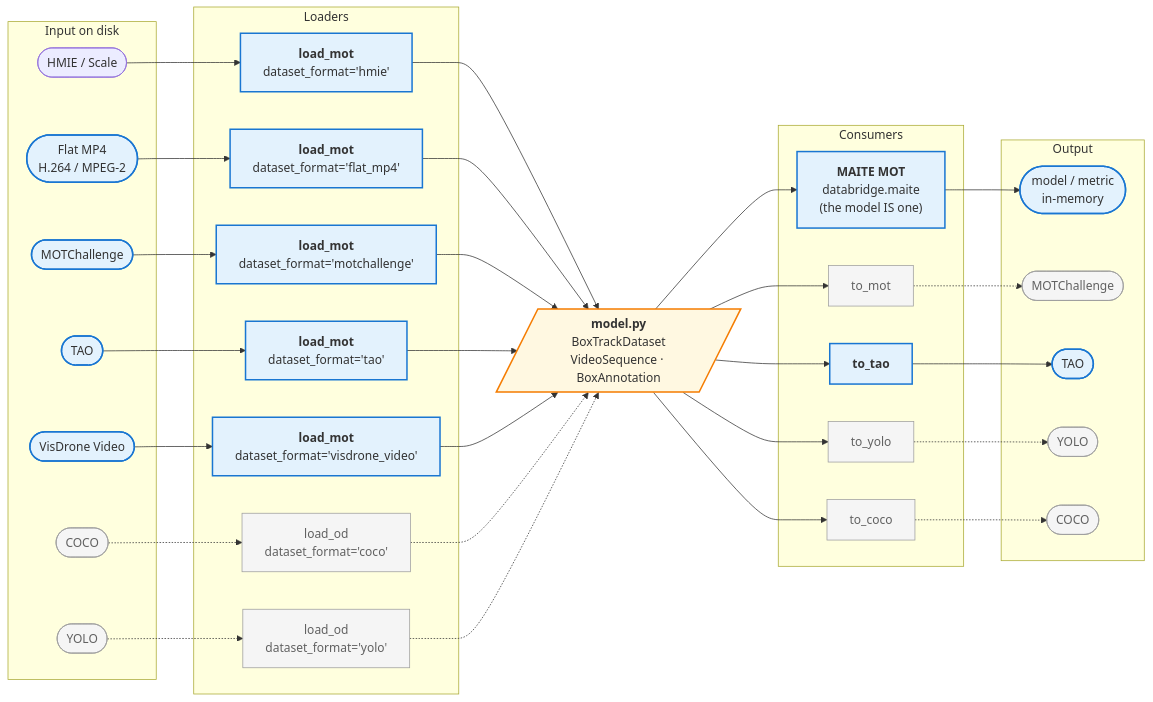
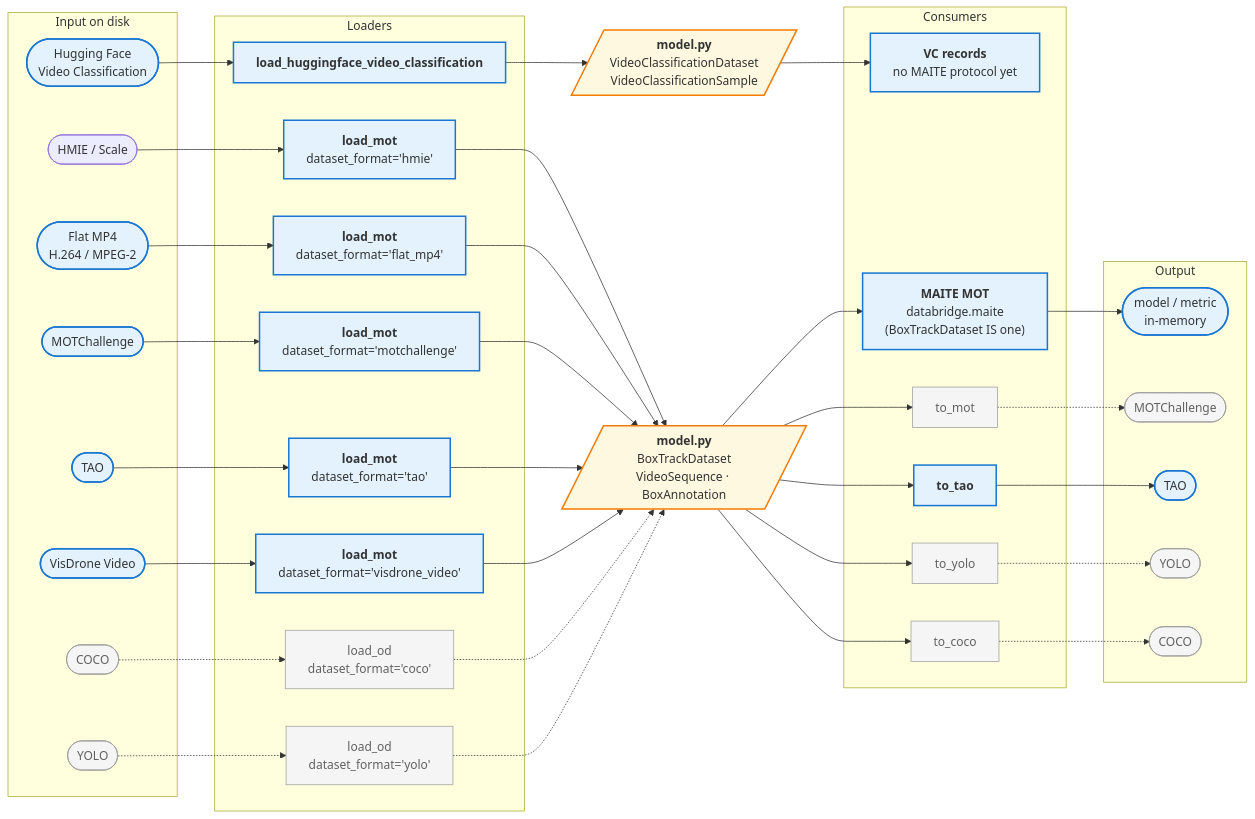
Before and after one commit to openteams-ai/datamaite: the first of 9 diagrams in docs/architecture.md, drawn with Mermaid. The commit also changed other lines of this file and 12 other files, not shown here.

Commit message:
Add Hugging Face video classification loader

````diff
--- a/docs/architecture.md
+++ b/docs/architecture.md
@@ -29,73 +29,80 @@
 ```mermaid
 flowchart LR
     subgraph in [Input on disk]
         HMIE([HMIE / Scale])
         MP4IN([Flat MP4<br/>H.264 / MPEG-2])
+        HFIN([Hugging Face<br/>Video Classification])
         MOTIN([MOTChallenge])
         TAOIN([TAO])
         VISIN([VisDrone Video])
         COCOIN([COCO])
         YOLOIN([YOLO])
     end
 
     subgraph loaders [Loaders]
         LH["<b>load_mot</b><br/>dataset_format='hmie'"]
         LF["<b>load_mot</b><br/>dataset_format='flat_mp4'"]
+        LHF["<b>load_huggingface_video_classification</b>"]
         LM["<b>load_mot</b><br/>dataset_format='motchallenge'"]
         LT["<b>load_mot</b><br/>dataset_format='tao'"]
         LV["<b>load_mot</b><br/>dataset_format='visdrone_video'"]
         LC["load_od<br/>dataset_format='coco'"]
         LY["load_od<br/>dataset_format='yolo'"]
     end
 
     HUB[/"<b>model.py</b><br/>BoxTrackDataset<br/>VideoSequence · BoxAnnotation"/]
+    VCHUB[/"<b>model.py</b><br/>VideoClassificationDataset<br/>VideoClassificationSample"/]
 
     subgraph consumers [Consumers]
-        MAITE["<b>MAITE MOT</b><br/>databridge.maite<br/>(the model IS one)"]
+        VCREC["<b>VC records</b><br/>no MAITE protocol yet"]
+        MAITE["<b>MAITE MOT</b><br/>databridge.maite<br/>(BoxTrackDataset IS one)"]
         TM["to_mot"]
         TT["<b>to_tao</b>"]
         TY["to_yolo"]
         TC["to_coco"]
     end
 
     subgraph out [Output]
         MAITEOUT([model / metric<br/>in-memory])
         MOTOUT([MOTChallenge])
         TAOOUT([TAO])
         YOLOUT([YOLO])
         COCOUT([COCO])
     end
 
     HMIE --> LH
     MP4IN --> LF
+    HFIN --> LHF
     MOTIN --> LM
     TAOIN --> LT
     VISIN --> LV
     COCOIN -.-> LC
     YOLOIN -.-> LY
     LH --> HUB
     LF --> HUB
+    LHF --> VCHUB
     LM --> HUB
     LT --> HUB
     LV --> HUB
     LC -.-> HUB
     LY -.-> HUB
+    VCHUB --> VCREC
     HUB --> MAITE
     HUB --> TM
     HUB --> TT
     HUB --> TY
     HUB --> TC
     MAITE --> MAITEOUT
     TM -.-> MOTOUT
     TT --> TAOOUT
     TY -.-> YOLOUT
     TC -.-> COCOUT
 
     classDef hub fill:#fff8e1,stroke:#f57c00,stroke-width:2px;
     classDef impl fill:#e3f2fd,stroke:#1976d2,stroke-width:2px;
     classDef planned fill:#f5f5f5,stroke:#9e9e9e,color:#616161;
-    class HUB hub;
-    class LH,LF,LM,LT,LV,TT,MAITE impl;
-    class MAITEOUT,MP4IN,MOTIN,TAOIN,VISIN,TAOOUT impl;
+    class HUB,VCHUB hub;
+    class LH,LF,LHF,LM,LT,LV,TT,MAITE,VCREC impl;
+    class MAITEOUT,MP4IN,HFIN,MOTIN,TAOIN,VISIN,TAOOUT impl;
     class LC,LY,TM,TY,TC,COCOIN,YOLOIN,MOTOUT,YOLOUT,COCOUT planned;
 ```
````
